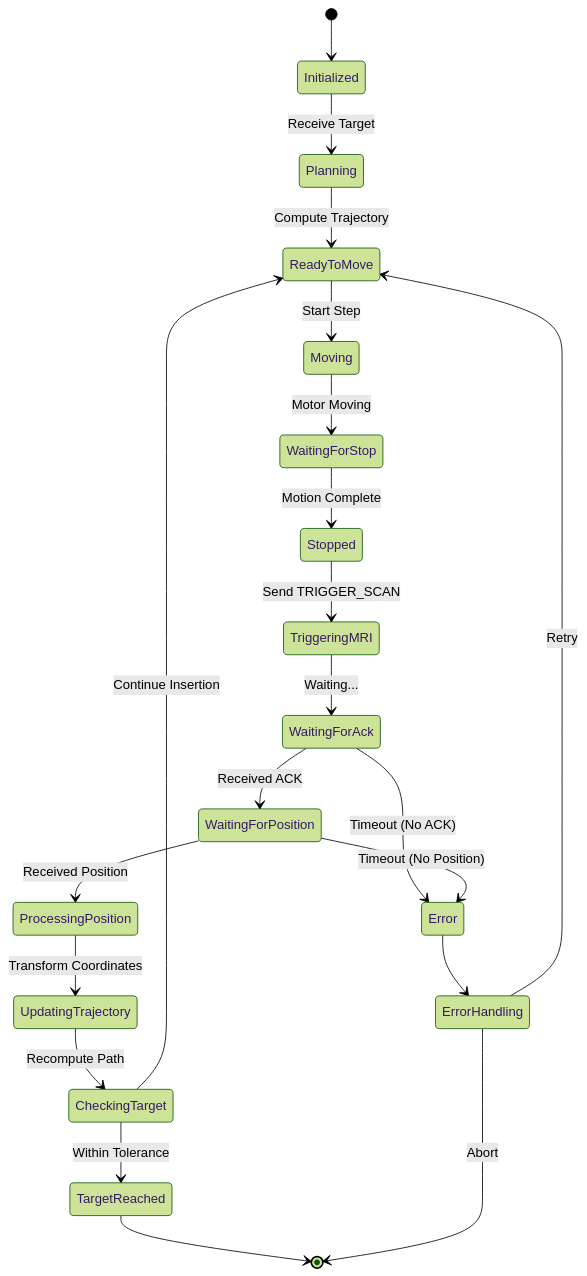
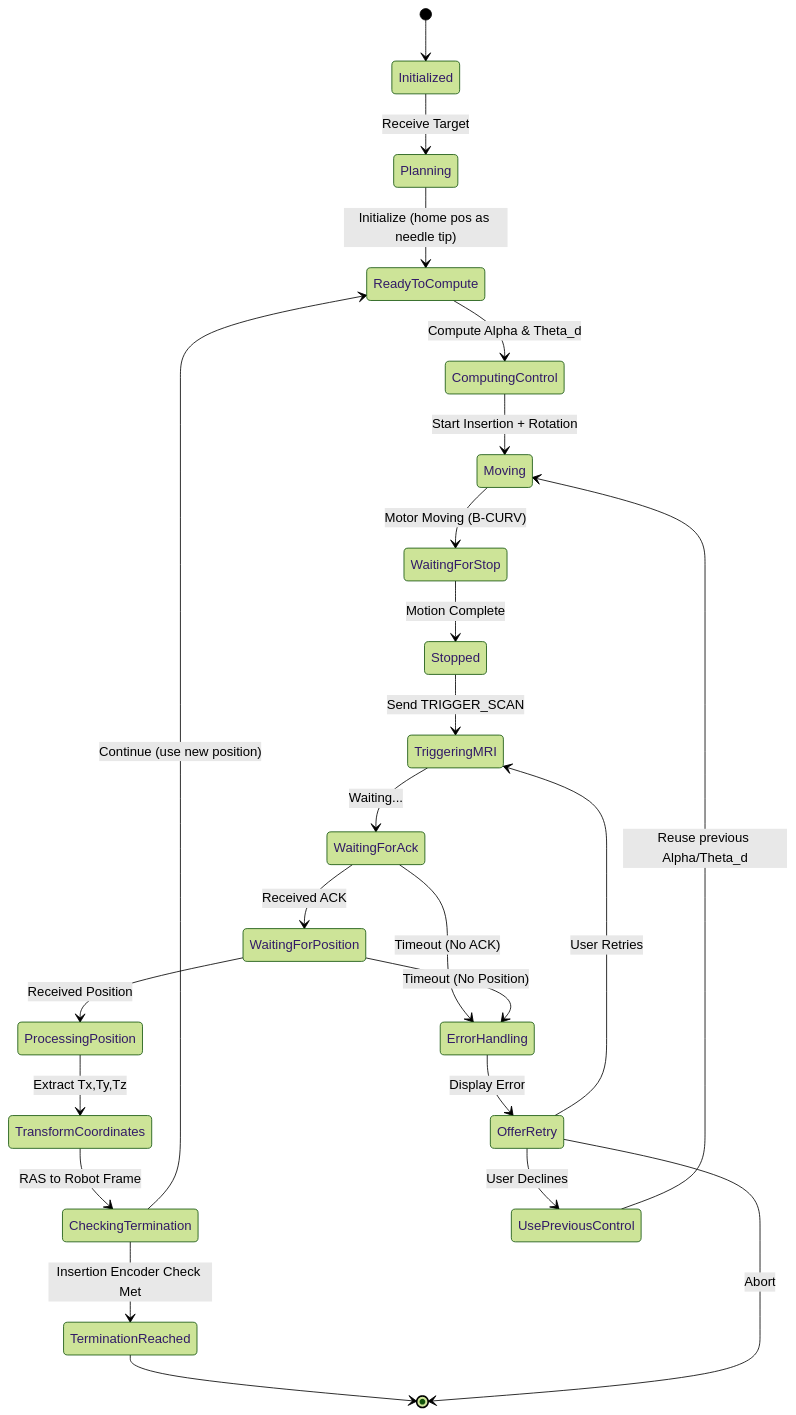
One commit to ProstateBRP/BRPRobot2021 changed the second of 2 diagrams in WPI/Matlab/MRI_FEEDBACK_INTEGRATION_PROPOSAL.md. Above: the diagram before and after it, drawn with Mermaid (forest theme). The commit also changed other lines of this file, not shown here.

First line of the commit message:
Revise MRI feedback proposal for B-CURV control

````diff
--- a/WPI/Matlab/MRI_FEEDBACK_INTEGRATION_PROPOSAL.md
+++ b/WPI/Matlab/MRI_FEEDBACK_INTEGRATION_PROPOSAL.md
@@ -541,29 +623,32 @@
 ```mermaid
 stateDiagram-v2
     [*] --> Initialized
     Initialized --> Planning: Receive Target
-    Planning --> ReadyToMove: Compute Trajectory
+    Planning --> ReadyToCompute: Initialize (home pos as needle tip)
     
-    ReadyToMove --> Moving: Start Step
-    Moving --> WaitingForStop: Motor Moving
+    ReadyToCompute --> ComputingControl: Compute Alpha & Theta_d
+    ComputingControl --> Moving: Start Insertion + Rotation
+    Moving --> WaitingForStop: Motor Moving (B-CURV)
     WaitingForStop --> Stopped: Motion Complete
     
     Stopped --> TriggeringMRI: Send TRIGGER_SCAN
     TriggeringMRI --> WaitingForAck: Waiting...
     WaitingForAck --> WaitingForPosition: Received ACK
-    WaitingForAck --> Error: Timeout (No ACK)
+    WaitingForAck --> ErrorHandling: Timeout (No ACK)
     
     WaitingForPosition --> ProcessingPosition: Received Position
-    WaitingForPosition --> Error: Timeout (No Position)
+    WaitingForPosition --> ErrorHandling: Timeout (No Position)
     
-    ProcessingPosition --> UpdatingTrajectory: Transform Coordinates
-    UpdatingTrajectory --> CheckingTarget: Recompute Path
+    ProcessingPosition --> TransformCoordinates: Extract Tx,Ty,Tz
+    TransformCoordinates --> CheckingTermination: RAS to Robot Frame
     
-    CheckingTarget --> TargetReached: Within Tolerance
-    CheckingTarget --> ReadyToMove: Continue Insertion
+    CheckingTermination --> TerminationReached: Insertion Encoder Check Met
+    CheckingTermination --> ReadyToCompute: Continue (use new position)
     
-    TargetReached --> [*]
-    Error --> ErrorHandling
-    ErrorHandling --> ReadyToMove: Retry
-    ErrorHandling --> [*]: Abort
+    TerminationReached --> [*]
+    ErrorHandling --> OfferRetry: Display Error
+    OfferRetry --> TriggeringMRI: User Retries
+    OfferRetry --> UsePreviousControl: User Declines
+    UsePreviousControl --> Moving: Reuse previous Alpha/Theta_d
+    OfferRetry --> [*]: Abort
 ```
````
